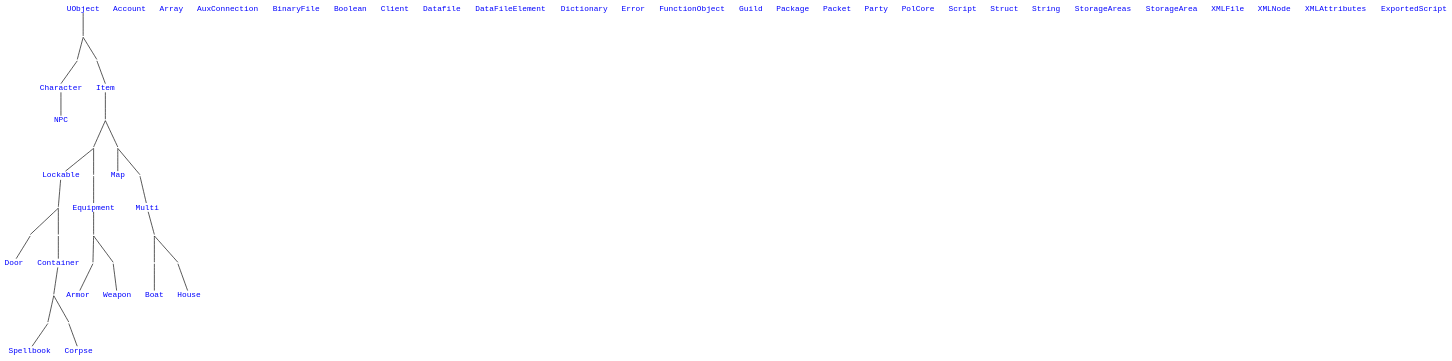
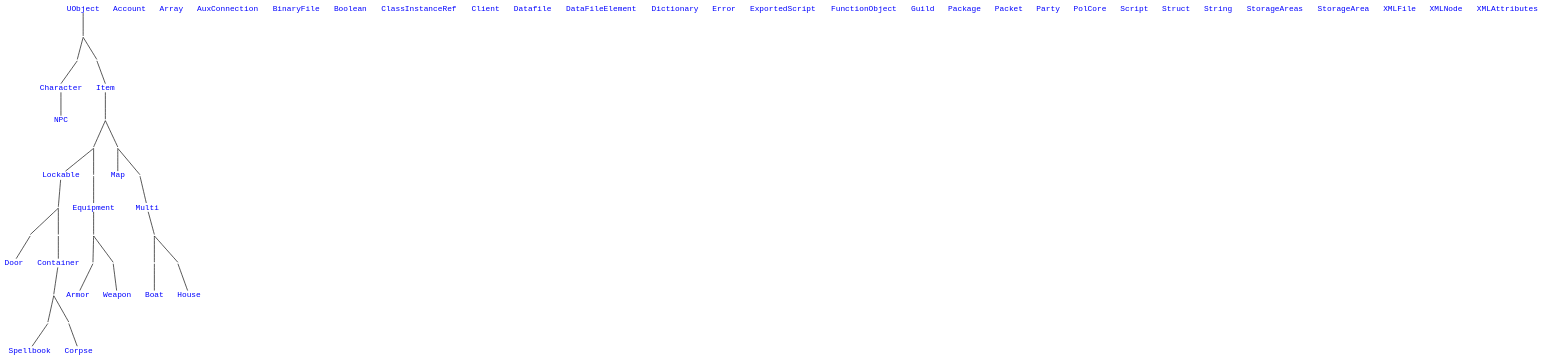
The diagram in docs/docs.polserver.com/pol100/objref.dot (polserver/polserver), drawn with Graphviz before and after one commit. The commit also changed 28 other files, not shown here.

```diff
--- a/docs/docs.polserver.com/pol100/objref.dot
+++ b/docs/docs.polserver.com/pol100/objref.dot
@@ -1,108 +1,117 @@
-//To generate:
-//  dot -Kneato -Tsvg -o objref.svg objref.dot
-//  and remove DOCTYPE line at the beginning!
+// To generate:
+//
+//    dot -Kneato -Tsvg -o objref.svg objref.dot
+//
+//      -- or --
+//
+//    cat objref.dot | docker run --rm -i backplane/graphviz dot -Kneato -Tsvg > objref.svg
+//
+//
+// ... and remove DOCTYPE line at the beginning!
 
 graph {
 bgcolor="transparent"
 node [shape=plain fontname="monospace" fontsize=12 fontcolor="blue" target="_top"]
 splines=line
 
 uobject   [label="UObject"   href="#UObject"   pos="2.05,10!"]
 char      [label="Character" href="#Character" pos="1.35,9.4!"]
 item      [label="Item"      href="#Item"      pos="2.75,9.4!"]
 
 npc       [label="NPC"       href="#NPC"       pos="1.35,8.8!"]
 
 equipment [label="Equipment" href="#Equipment" pos="0.65,8.2!"]
 lockable  [label="Lockable"  href="#Lockable"  pos="2.05,8.2!"]
 map       [label="Map"       href="#Map"       pos="3.45,8.2!"]
 multi     [label="Multi"     href="#Multi"     pos="4.85,8.2!"]
 
 armor     [label="Armor"     href="#Armor"     pos="0.3,7.6!"]
 weapon    [label="Weapon"    href="#Weapon"    pos="1.0,7.6!"]
 door      [label="Door"      href="#Door"      pos="1.7,7.6!"]
 container [label="Container" href="#Container" pos="2.4,7.6!"]
 boat      [label="Boat"      href="#Boat"      pos="4.5,7.6!"]
 house     [label="House"     href="#House"     pos="5.2,7.6!"]
 
 spellbook [label="Spellbook" href="#Spellbook" pos="2.00,7!"]
 corpse    [label="Corpse"    href="#Corpse"    pos="2.8,7!"]
 
 // standalone
 account         [label="Account"    href="#Account" pos="4.85,10!"]
 array           [label="Array"      href="#Array"   pos="4.85,9.7!"]
 auxconnection [label="AuxConnection" href="#AuxConnection" pos="4.85,9.4!"]
 binaryfile      [label="BinaryFile" href="#BinaryFile" pos="4.85,9.1!"]
 boolean         [label="Boolean"    href="#Boolean" pos="4.85,8.8!"]
 
-client          [label="Client"     href="#Client"  pos="6.35,10!"]
-datafile        [label="Datafile"   href="#Datafile" pos="6.35,9.7!"]
-datafileelement [label="DataFileElement" href="#DataFileElement" pos="6.35,9.4!"]
-dictionary      [label="Dictionary" href="#Dictionary" pos="6.35,9.1!"]
-error           [label="Error"      href="#Error"    pos="6.35,8.8!"]
-functionobject [label="FunctionObject" href="#FunctionObject" pos="6.35,8.5!"]
-guild           [label="Guild"      href="#Guild"    pos="6.35,8.2!"]
-package         [label="Package"    href="#Package"  pos="6.35,7.9!"]
-packet          [label="Packet"     href="#Packet"   pos="6.35,7.6!"]
-party           [label="Party"      href="#Party"    pos="6.35,7.3!"]
-polcore         [label="PolCore"    href="#Polcore"  pos="6.35,7!"]
+classinstref    [label="ClassInstanceRef" href="#ClassInstanceRef" pos="6.35,10!"]
+client          [label="Client"     href="#Client"  pos="6.35,9.7!"]
+datafile        [label="Datafile"   href="#Datafile" pos="6.35,9.4!"]
+datafileelement [label="DataFileElement" href="#DataFileElement" pos="6.35,9.1!"]
+dictionary      [label="Dictionary" href="#Dictionary" pos="6.35,8.8!"]
+error           [label="Error"      href="#Error"    pos="6.35,8.5!"]
+exportedscript  [label="ExportedScript" href="#ExportedScript" pos="6.35,8.2!"]
+functionobject [label="FunctionObject" href="#FunctionObject" pos="6.35,7.9!"]
+guild           [label="Guild"      href="#Guild"    pos="6.35,7.6!"]
+package         [label="Package"    href="#Package"  pos="6.35,7.3!"]
+packet          [label="Packet"     href="#Packet"   pos="6.35,7.0!"]
 
-script          [label="Script"     href="#Script"   pos="7.85,10!"]
-struct          [label="Struct"     href="#Struct"   pos="7.85,9.7!"]
-string          [label="String"     href="#String"   pos="7.85,9.4!"]
-storageareas  [label="StorageAreas" href="#StorageAreas" pos="7.85,9.1!"]
-storagearea   [label="StorageArea"  href="#StorageArea"  pos="7.85,8.8!"]
-xmlfile         [label="XMLFile"    href="#XMLFile"  pos="7.85,8.5!"]
-xmlnode         [label="XMLNode"    href="#XMLNode"  pos="7.85,8.2!"]
-xmlattributes [label="XMLAttributes" href="#XMLAttributes" pos="7.85,7.9!"]
-exportedscript  [label="ExportedScript" href="#ExportedScript" pos="7.85,7.6!"]
+
+party           [label="Party"      href="#Party"    pos="7.85,10!"]
+polcore         [label="PolCore"    href="#Polcore"  pos="7.85,9.7!"]
+script          [label="Script"     href="#Script"   pos="7.85,9.4!"]
+struct          [label="Struct"     href="#Struct"   pos="7.85,9.1!"]
+string          [label="String"     href="#String"   pos="7.85,8.8!"]
+storageareas  [label="StorageAreas" href="#StorageAreas" pos="7.85,8.5!"]
+storagearea   [label="StorageArea"  href="#StorageArea"  pos="7.85,8.2!"]
+xmlfile         [label="XMLFile"    href="#XMLFile"  pos="7.85,7.9!"]
+xmlnode         [label="XMLNode"    href="#XMLNode"  pos="7.85,7.6!"]
+xmlattributes [label="XMLAttributes" href="#XMLAttributes" pos="7.85,7.3!"]
 
 {
 node [width=0, shape=point, style=invis];
 0  [pos="2.05,9.7!"] // uobject
 1  [pos="1.35,9.7!"]
 2  [pos="2.75,9.7!"]
 3  [pos="2.75,8.5!"] // item
 4  [pos="0.65,8.5!"]
 5  [pos="2.05,8.5!"]
 6  [pos="3.45,8.5!"]
 7  [pos="4.85,8.5!"]
 8  [pos="0.65,7.9!"] // equipment
 9  [pos="0.3,7.9!"]
 10 [pos="1,7.9!"]
 11 [pos="2.05,7.9!"] //lockable
 12 [pos="1.7,7.9!"]
 13 [pos="2.4,7.9!"]
 14 [pos="4.85,7.9!"] //multi
 15 [pos="4.5,7.9!"]
 16 [pos="5.2,7.9!"]
 17 [pos="2.4,7.3!"] //container
 18 [pos="2,7.3!"]
 19 [pos="2.8,7.3!"]
 }
 
 uobject:s -- 0 -- {1,2}
 1 -- char:n
 2 -- item:n
 char -- npc
 item -- 3
 3 -- {5,6}
 5 -- 4
 6 -- 7
 4 -- equipment
 5 -- lockable
 6 -- map
 7 -- multi
 equipment -- 8 -- {9,10}
 9 -- armor
 10 -- weapon
 lockable -- 11 -- {12,13}
 12 -- door
 13 -- container
 multi -- 14 -- {15,16}
 15 -- boat
 16 -- house
 container -- 17 -- {18,19}
 18 -- spellbook
 19 -- corpse
 }
```
